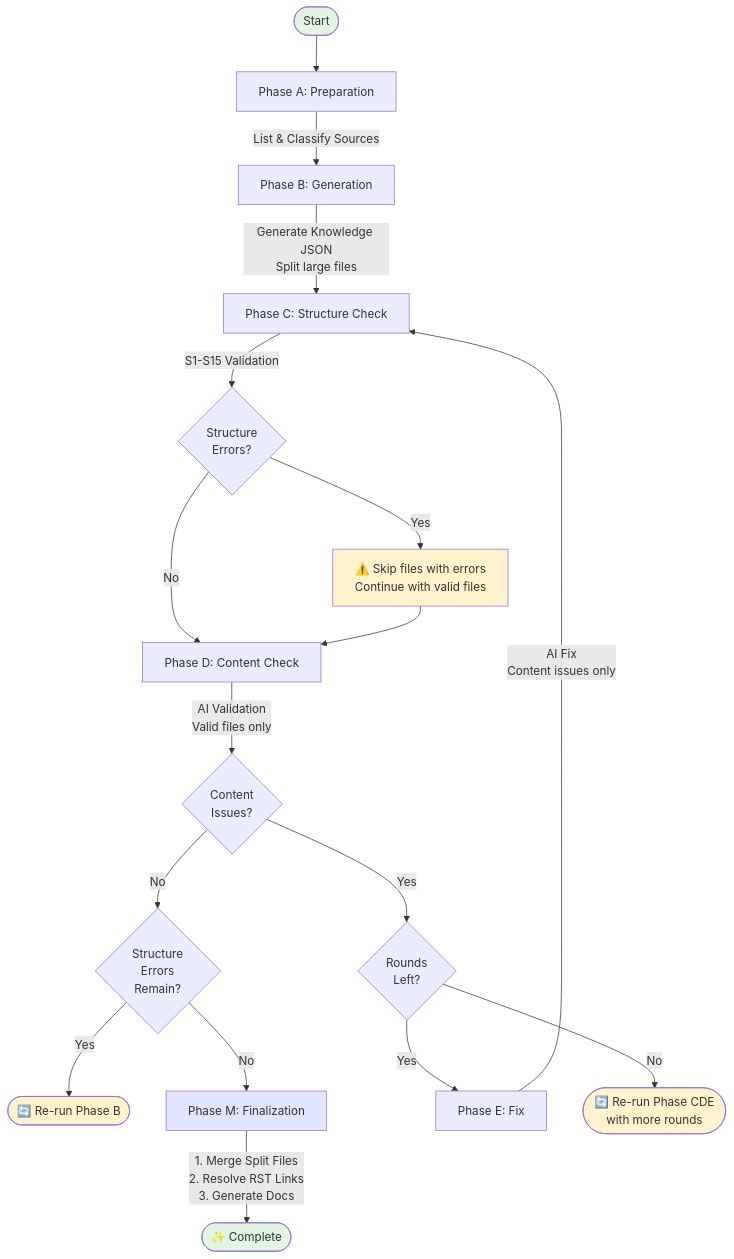
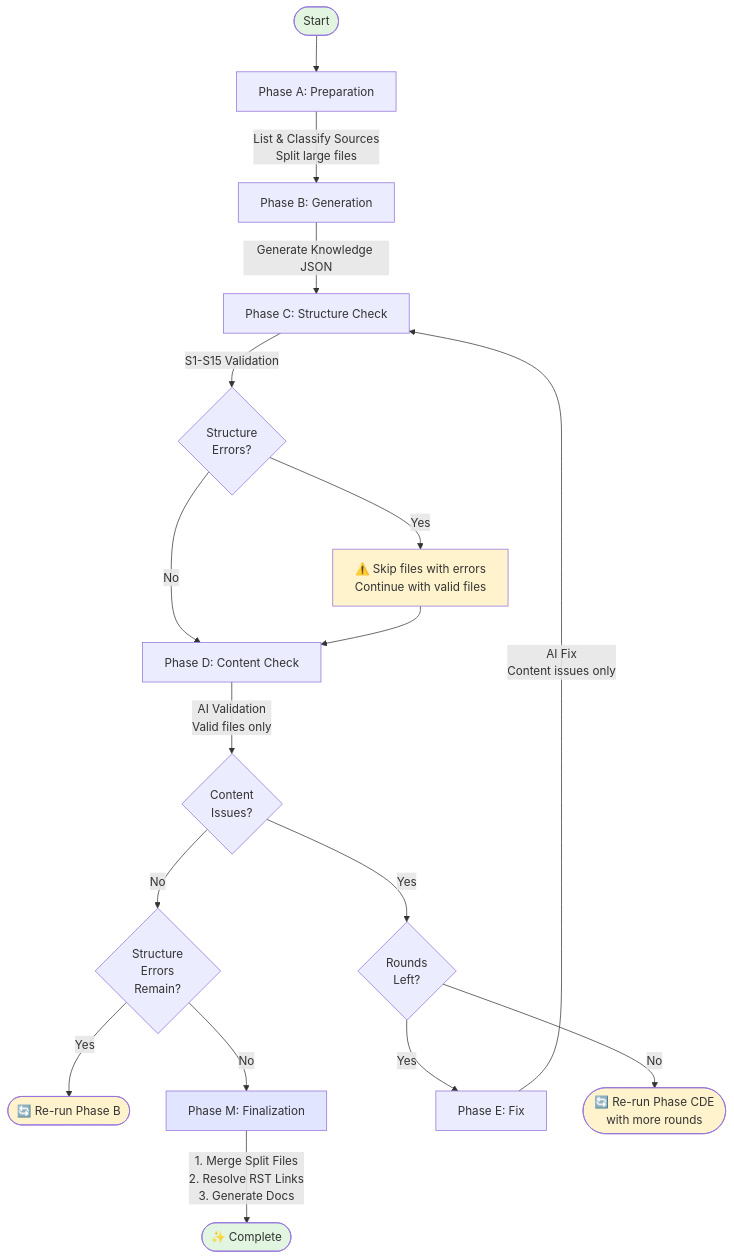
The diagram in tools/knowledge-creator/README.md (nablarch/nabledge-dev), drawn with Mermaid before and after one commit. The commit also changed other lines of this file, not shown here.

First line of the commit message:
docs: Fix README to reflect Section-Unit Split implementation

````diff
--- a/tools/knowledge-creator/README.md
+++ b/tools/knowledge-creator/README.md
@@ -9,26 +9,26 @@
 ```mermaid
 flowchart TD
     Start([Start]) --> A[Phase A: Preparation]
-    A --> |List & Classify Sources| B[Phase B: Generation]
-    B --> |Generate Knowledge JSON<br/>Split large files| C[Phase C: Structure Check]
+    A --> |List & Classify Sources<br/>Split large files| B[Phase B: Generation]
+    B --> |Generate Knowledge JSON| C[Phase C: Structure Check]
     C --> |S1-S15 Validation| PassC{Structure<br/>Errors?}
     PassC --> |Yes| StructWarn[⚠️ Skip files with errors<br/>Continue with valid files]
     PassC --> |No| D[Phase D: Content Check]
     StructWarn --> D
     D --> |AI Validation<br/>Valid files only| PassD{Content<br/>Issues?}
     PassD --> |No| CheckStruct{Structure<br/>Errors<br/>Remain?}
     CheckStruct --> |Yes| RerunB([🔄 Re-run Phase B])
     CheckStruct --> |No| M[Phase M: Finalization]
     PassD --> |Yes| Round{Rounds<br/>Left?}
     Round --> |Yes| E[Phase E: Fix]
     Round --> |No| RerunCDE([🔄 Re-run Phase CDE<br/>with more rounds])
     E --> |AI Fix<br/>Content issues only| C
     M --> |1. Merge Split Files<br/>2. Resolve RST Links<br/>3. Generate Docs| Complete([✨ Complete])
 
     style Start fill:#e1f5e1
     style Complete fill:#e1f5e1
     style RerunB fill:#fff3cd
     style RerunCDE fill:#fff3cd
     style StructWarn fill:#fff3cd
     style M fill:#e1e5ff
 ```
````
